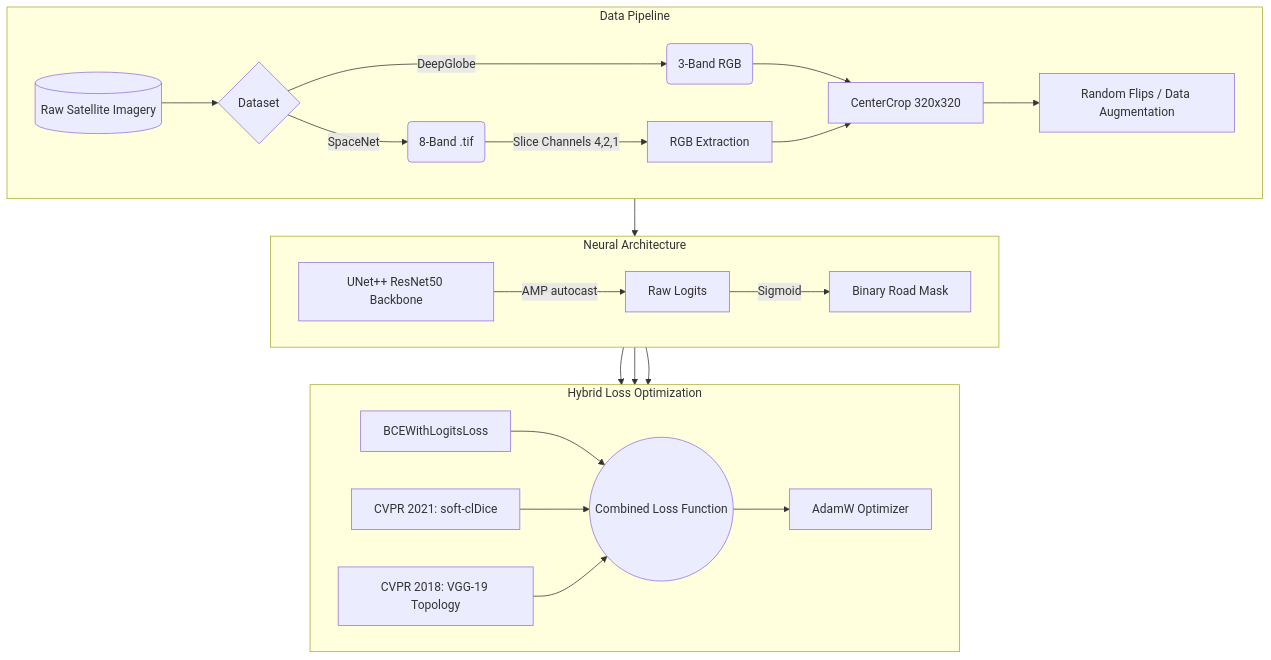
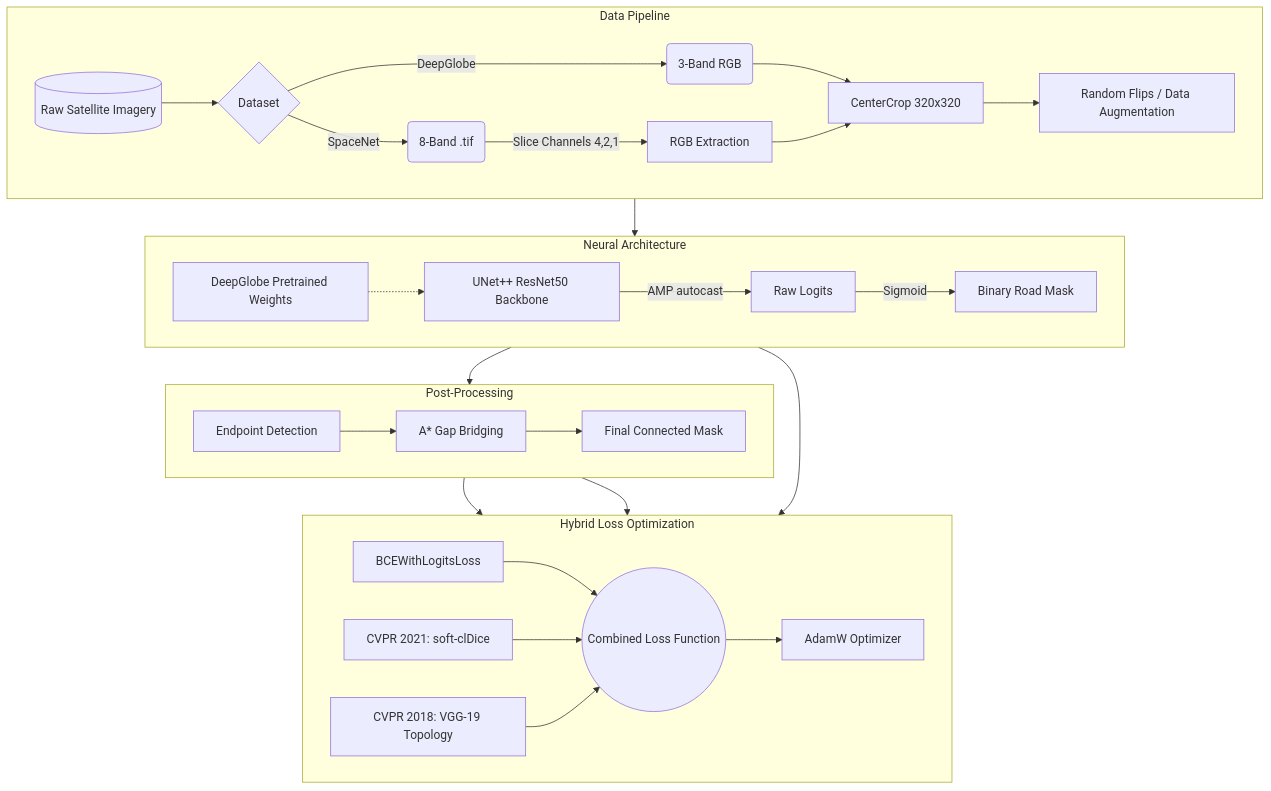
The diagram in Documentation/README.md (helloworld3003/Topology-Preserving-Road-Extraction), drawn with Mermaid before and after one commit. The commit also changed other lines of this file and 8 other files, not shown here.

Commit message:
docs: initialize documentation directory with architecture diagrams, training reports, and project guides.

````diff
--- a/Documentation/README.md
+++ b/Documentation/README.md
@@ -7,33 +7,41 @@
 ```mermaid
 flowchart TB
     subgraph Data_Pipeline [Data Pipeline]
         direction LR
         A[(Raw Satellite Imagery)] --> B{Dataset}
         B -->|SpaceNet| C(8-Band .tif)
         B -->|DeepGlobe| D(3-Band RGB)
         C -->|Slice Channels 4,2,1| E[RGB Extraction]
         D --> F[CenterCrop 320x320]
         E --> F
         F --> Z[Random Flips / Data Augmentation]
     end
     
     subgraph Neural_Architecture [Neural Architecture]
         direction LR
-        G[UNet++ ResNet50 Backbone] -->|AMP autocast| H[Raw Logits]
+        TL[DeepGlobe Pretrained Weights] -.-> G[UNet++ ResNet50 Backbone]
+        G -->|AMP autocast| H[Raw Logits]
         H -->|Sigmoid| H2[Binary Road Mask]
+    end
+    
+    subgraph Post_Processing [Post-Processing]
+        direction LR
+        H2 --> J1[Endpoint Detection]
+        J1 --> J2[A* Gap Bridging]
+        J2 --> J3[Final Connected Mask]
     end
     
     subgraph Topological_Optimization [Hybrid Loss Optimization]
         direction LR
         I1[BCEWithLogitsLoss] --> L
         I2[CVPR 2021: soft-clDice] --> L
         I3[CVPR 2018: VGG-19 Topology] --> L
         L((Combined Loss Function)) --> M[AdamW Optimizer]
     end
 
     %% External links connecting the subgraphs
     Z --> G
     H --> I1
-    H2 --> I2
-    H2 --> I3
+    J3 --> I2
+    J3 --> I3
 ```
````
